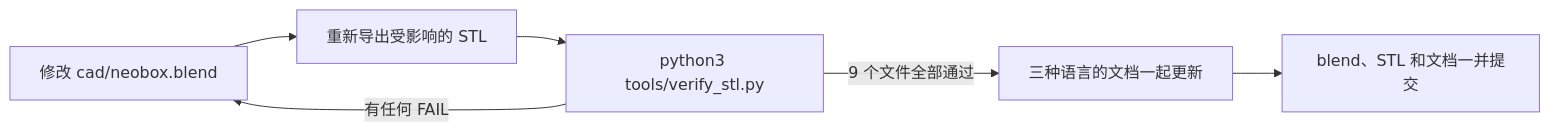
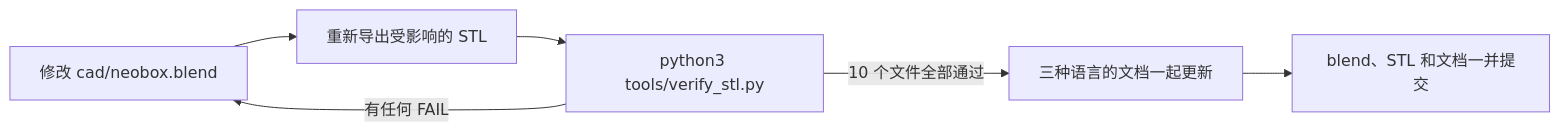
The diagram in docs/design.zh-CN.md (Neoanaloglab/Neobox), drawn with Mermaid before and after one commit. The commit also changed other lines of this file and 42 other files, not shown here.

````diff
--- a/docs/design.zh-CN.md
+++ b/docs/design.zh-CN.md
@@ -365,8 +384,8 @@
 ```mermaid
 flowchart LR
   A[修改 cad/neobox.blend] --> B[重新导出受影响的 STL]
   B --> C[python3 tools/verify_stl.py]
-  C -->|9 个文件全部通过| D[三种语言的文档一起更新]
+  C -->|10 个文件全部通过| D[三种语言的文档一起更新]
   C -->|有任何 FAIL| A
   D --> E[blend、STL 和文档一并提交]
 ```
````
